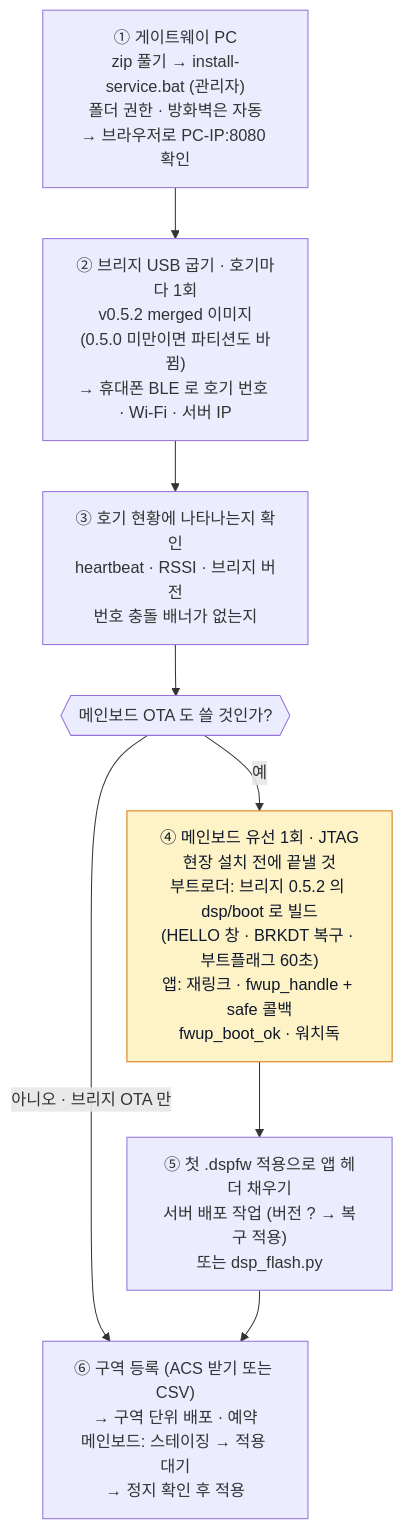
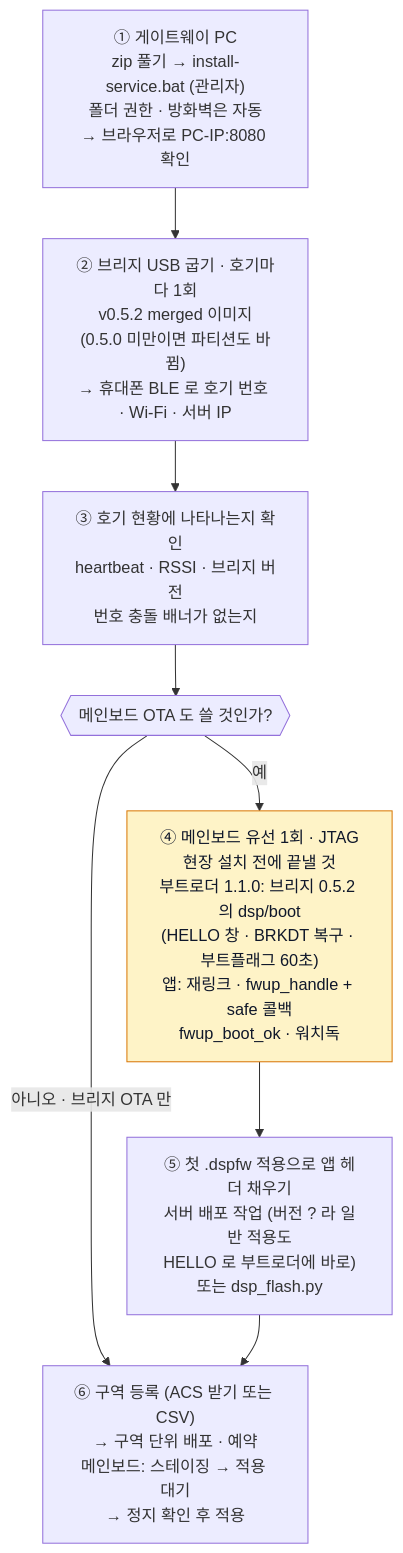
Before and after one commit to Leepy0/AGV_FOTA_GATEWAY: the diagram in docs/diagrams/rollout-order.mmd, drawn with Mermaid. The commit also changed 28 other files, not shown here.

```diff
--- a/docs/diagrams/rollout-order.mmd
+++ b/docs/diagrams/rollout-order.mmd
@@ -1,11 +1,11 @@
 flowchart TD
   S1["① 게이트웨이 PC<br/>zip 풀기 → install-service.bat (관리자)<br/>폴더 권한 · 방화벽은 자동<br/>→ 브라우저로 PC-IP:8080 확인"] --> S2
   S2["② 브리지 USB 굽기 · 호기마다 1회<br/>v0.5.2 merged 이미지<br/>(0.5.0 미만이면 파티션도 바뀜)<br/>→ 휴대폰 BLE 로 호기 번호 · Wi-Fi · 서버 IP"] --> S3
   S3["③ 호기 현황에 나타나는지 확인<br/>heartbeat · RSSI · 브리지 버전<br/>번호 충돌 배너가 없는지"] --> S4
   S4{{"메인보드 OTA 도 쓸 것인가?"}} -- 예 --> S5
   S4 -- "아니오 · 브리지 OTA 만" --> S7
-  S5["④ 메인보드 유선 1회 · JTAG<br/>현장 설치 전에 끝낼 것<br/>부트로더: 브리지 0.5.2 의 dsp/boot 로 빌드<br/>(HELLO 창 · BRKDT 복구 · 부트플래그 60초)<br/>앱: 재링크 · fwup_handle + safe 콜백<br/>fwup_boot_ok · 워치독"] --> S6
-  S6["⑤ 첫 .dspfw 적용으로 앱 헤더 채우기<br/>서버 배포 작업 (버전 ? → 복구 적용)<br/>또는 dsp_flash.py"] --> S7
+  S5["④ 메인보드 유선 1회 · JTAG<br/>현장 설치 전에 끝낼 것<br/>부트로더 1.1.0: 브리지 0.5.2 의 dsp/boot<br/>(HELLO 창 · BRKDT 복구 · 부트플래그 60초)<br/>앱: 재링크 · fwup_handle + safe 콜백<br/>fwup_boot_ok · 워치독"] --> S6
+  S6["⑤ 첫 .dspfw 적용으로 앱 헤더 채우기<br/>서버 배포 작업 (버전 ? 라 일반 적용도<br/>HELLO 로 부트로더에 바로)<br/>또는 dsp_flash.py"] --> S7
   S7["⑥ 구역 등록 (ACS 받기 또는 CSV)<br/>→ 구역 단위 배포 · 예약<br/>메인보드: 스테이징 → 적용 대기<br/>→ 정지 확인 후 적용"]
   classDef warn fill:#fef3c7,stroke:#d97706,color:#0f172a
   class S5 warn
```
